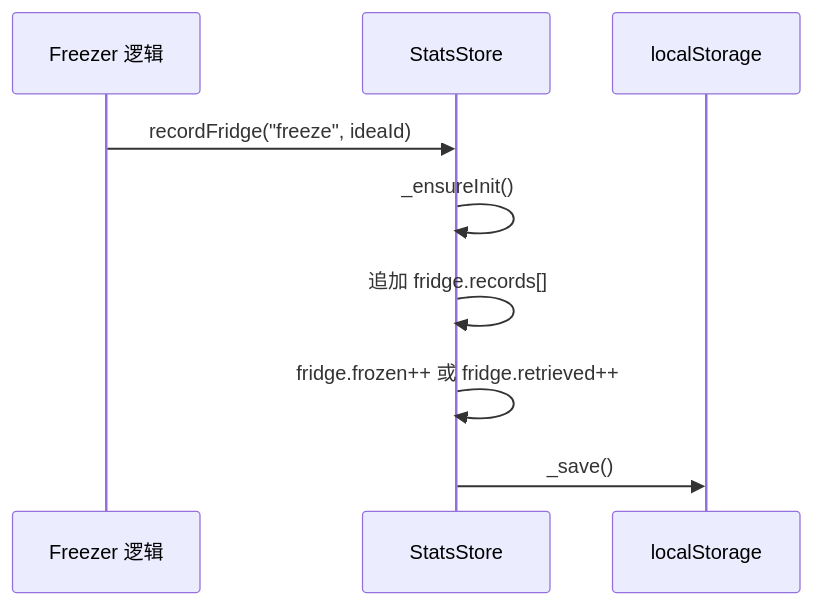
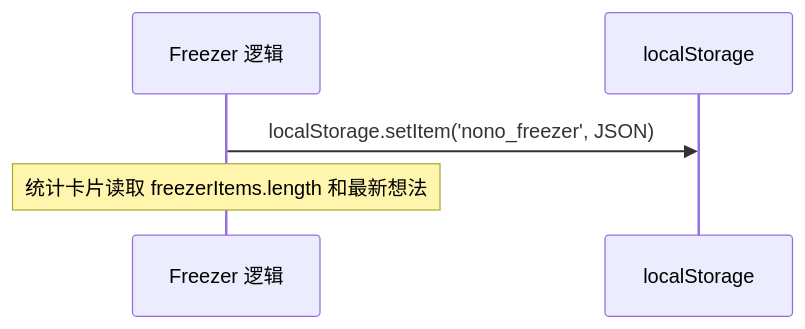
Before and after one commit to zcycharls/naonao: the fourth of 5 diagrams in docs/system_design.md, drawn with Mermaid. The commit also changed other lines of this file and 14 other files, not shown here.

````diff
--- a/docs/system_design.md
+++ b/docs/system_design.md
@@ -306,12 +267,8 @@
 ```mermaid
 sequenceDiagram
     participant Freezer as Freezer 逻辑
-    participant Store as StatsStore
     participant LS as localStorage
 
-    Freezer->>Store: recordFridge("freeze", ideaId)
-    Store->>Store: _ensureInit()
-    Store->>Store: 追加 fridge.records[]
-    Store->>Store: fridge.frozen++ 或 fridge.retrieved++
-    Store->>LS: _save()
+    Freezer->>LS: localStorage.setItem('nono_freezer', JSON)
+    Note over Freezer: 统计卡片读取 freezerItems.length 和最新想法
 ```
````
